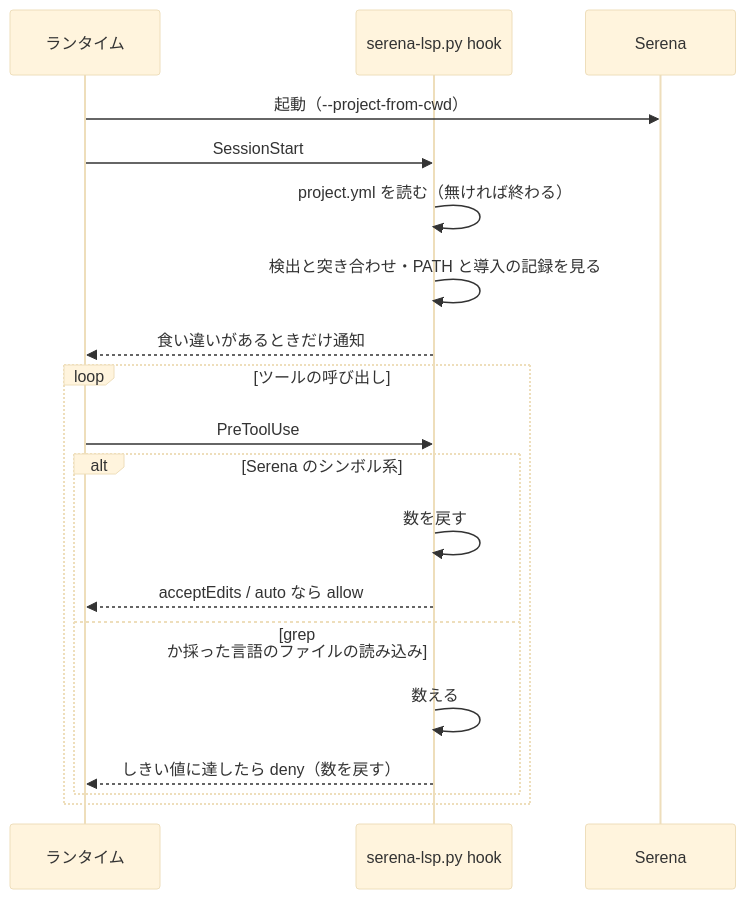
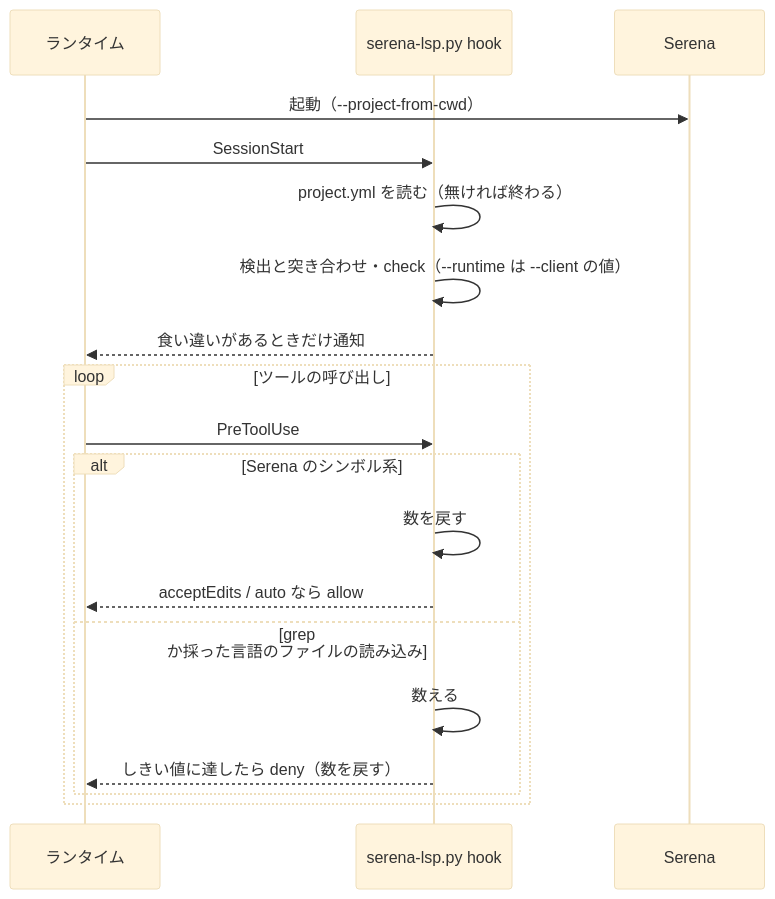
Before and after one commit to devbasex/ai-plugins: the fourth of 4 diagrams in issues/issue-818-design.md, drawn with Mermaid (base theme). The commit also changed other lines of this file and 3 other files, not shown here.

````diff
--- a/issues/issue-818-design.md
+++ b/issues/issue-818-design.md
@@ -414,21 +440,21 @@
 ```mermaid
 sequenceDiagram
   participant R as ランタイム
   participant H as serena-lsp.py hook
   participant S as Serena
   R->>S: 起動（--project-from-cwd）
   R->>H: SessionStart
   H->>H: project.yml を読む（無ければ終わる）
-  H->>H: 検出と突き合わせ・PATH と導入の記録を見る
+  H->>H: 検出と突き合わせ・check（--runtime は --client の値）
   H-->>R: 食い違いがあるときだけ通知
   loop ツールの呼び出し
     R->>H: PreToolUse
     alt Serena のシンボル系
       H->>H: 数を戻す
       H-->>R: acceptEdits / auto なら allow
     else grep か採った言語のファイルの読み込み
       H->>H: 数える
       H-->>R: しきい値に達したら deny（数を戻す）
     end
   end
 ```
````
